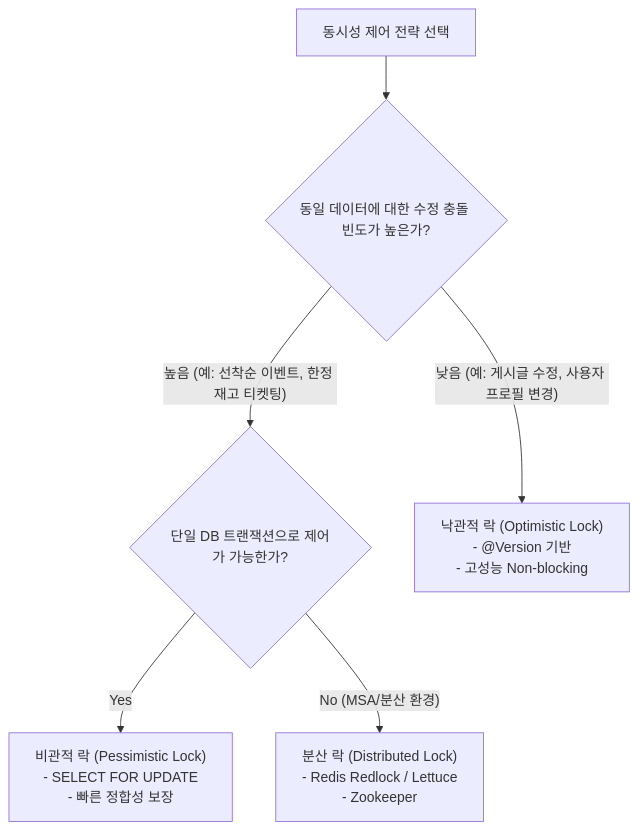
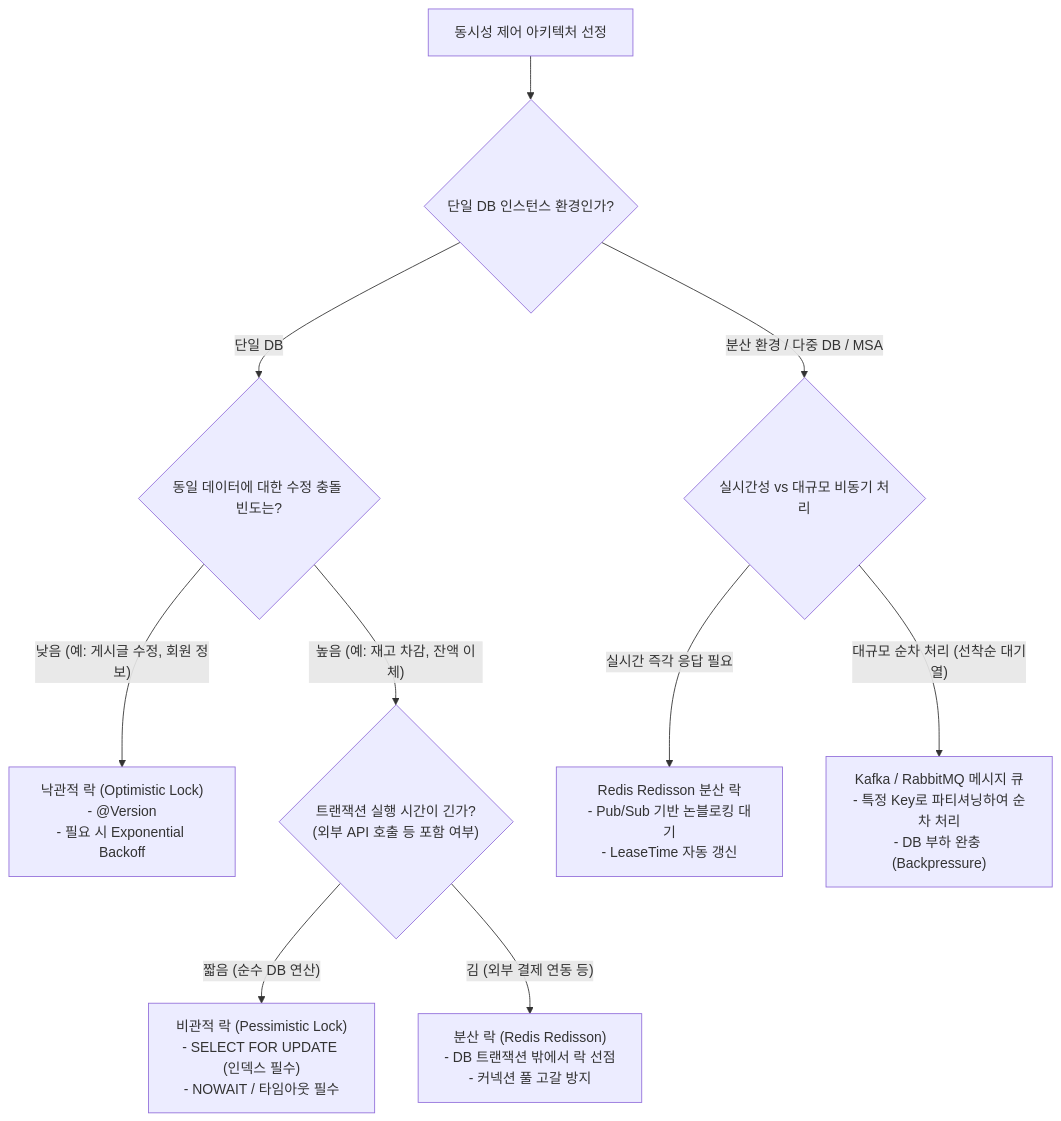
One commit to DevDooly/TIL changed the fourth of 4 diagrams in docs/Data/Database/Locking_Strategy.md. Above: the diagram before and after it, drawn with Mermaid. The commit also changed other lines of this file and 2 other files, not shown here.

Commit message:
docs: 비관적/낙관적 락 및 실무 동시성 제어 전략 심층 개편

````diff
--- a/docs/Data/Database/Locking_Strategy.md
+++ b/docs/Data/Database/Locking_Strategy.md
@@ -199,10 +252,16 @@
 ```mermaid
 flowchart TD
-    Start["동시성 제어 전략 선택"] --> Q1{"동일 데이터에 대한 수정 충돌 빈도가 높은가?"}
+    Start["동시성 제어 아키텍처 선정"] --> Q1{"단일 DB 인스턴스 환경인가?"}
+
+    Q1 -- "단일 DB" --> Q2{"동일 데이터에 대한 수정 충돌 빈도는?"}
     
-    Q1 -- "높음 (예: 선착순 이벤트, 한정 재고 티켓팅)" --> Q2{"단일 DB 트랜잭션으로 제어가 가능한가?"}
-    Q2 -- "Yes" --> Pessimistic["비관적 락 (Pessimistic Lock)<br/>- SELECT FOR UPDATE<br/>- 빠른 정합성 보장"]
-    Q2 -- "No (MSA/분산 환경)" --> Distributed["분산 락 (Distributed Lock)<br/>- Redis Redlock / Lettuce<br/>- Zookeeper"]
+    Q2 -- "낮음 (예: 게시글 수정, 회원 정보)" --> Opt["낙관적 락 (Optimistic Lock)<br/>- @Version<br/>- 필요 시 Exponential Backoff"]
+    
+    Q2 -- "높음 (예: 재고 차감, 잔액 이체)" --> Q3{"트랜잭션 실행 시간이 긴가?<br/>(외부 API 호출 등 포함 여부)"}
+    Q3 -- "짧음 (순수 DB 연산)" --> Pess["비관적 락 (Pessimistic Lock)<br/>- SELECT FOR UPDATE (인덱스 필수)<br/>- NOWAIT / 타임아웃 필수"]
+    Q3 -- "김 (외부 결제 연동 등)" --> DistLock1["분산 락 (Redis Redisson)<br/>- DB 트랜잭션 밖에서 락 선점<br/>- 커넥션 풀 고갈 방지"]
 
-    Q1 -- "낮음 (예: 게시글 수정, 사용자 프로필 변경)" --> Optimistic["낙관적 락 (Optimistic Lock)<br/>- @Version 기반<br/>- 고성능 Non-blocking"]
+    Q1 -- "분산 환경 / 다중 DB / MSA" --> Q4{"실시간성 vs 대규모 비동기 처리"}
+    Q4 -- "실시간 즉각 응답 필요" --> DistLock2["Redis Redisson 분산 락<br/>- Pub/Sub 기반 논블로킹 대기<br/>- LeaseTime 자동 갱신"]
+    Q4 -- "대규모 순차 처리 (선착순 대기열)" --> Queue["Kafka / RabbitMQ 메시지 큐<br/>- 특정 Key로 파티셔닝하여 순차 처리<br/>- DB 부하 완충 (Backpressure)"]
 ```
````
